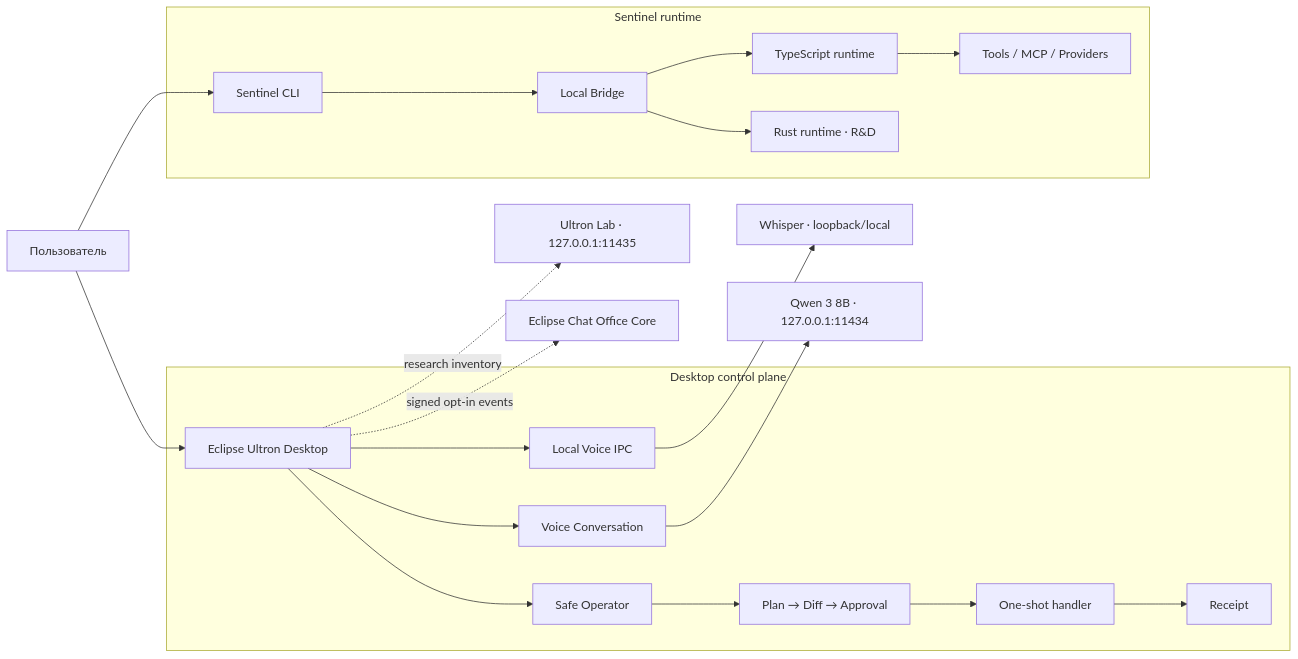
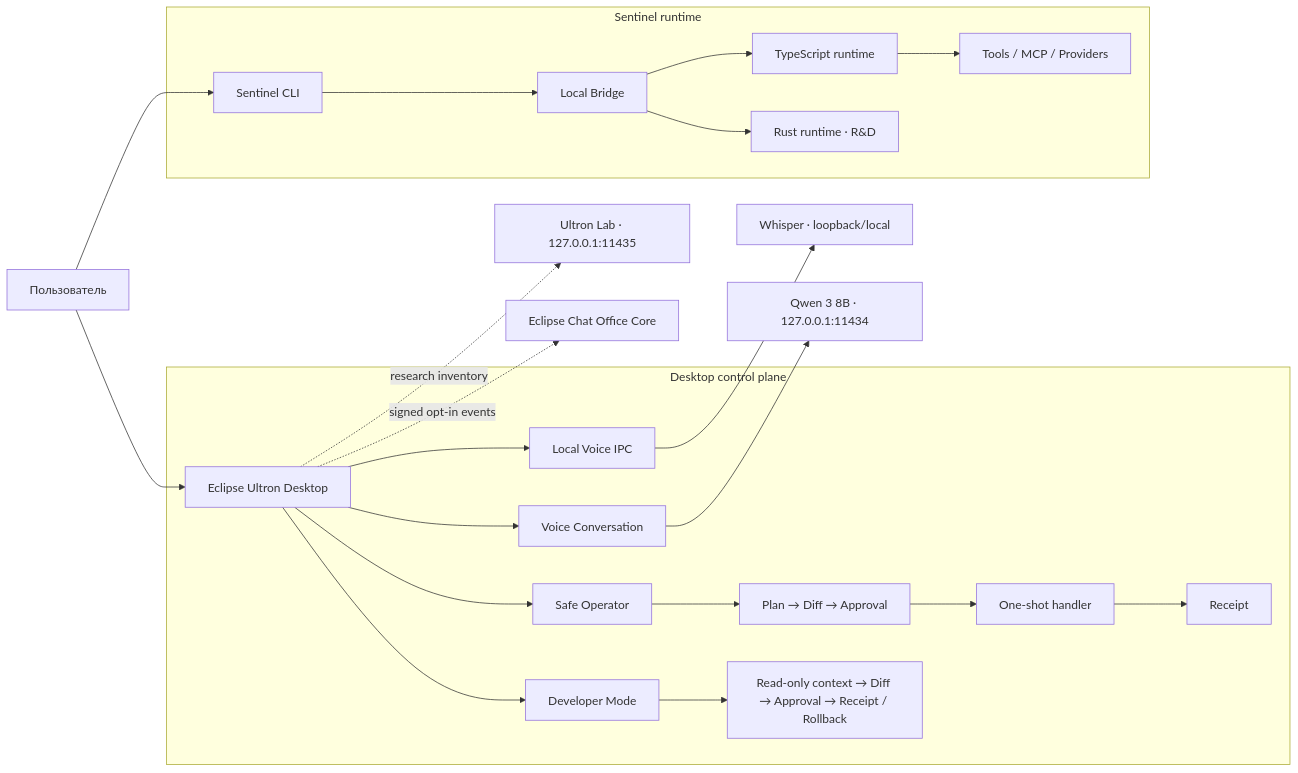
The diagram in README.md (PavelHopson/eclipse-hopson-sentinel), drawn with Mermaid before and after one commit. The commit also changed other lines of this file and 127 other files, not shown here.

````diff
--- a/README.md
+++ b/README.md
@@ -174,26 +202,28 @@
 ```mermaid
 flowchart LR
     U["Пользователь"] --> D["Eclipse Ultron Desktop"]
     U --> C["Sentinel CLI"]
 
     subgraph Desktop["Desktop control plane"]
       D --> V["Local Voice IPC"]
       D --> R["Safe Operator"]
+      D --> DEV["Developer Mode"]
       D --> H["Voice Conversation"]
       R --> P["Plan → Diff → Approval"]
       P --> X["One-shot handler"]
       X --> Q["Receipt"]
+      DEV --> DP["Read-only context → Diff → Approval → Receipt / Rollback"]
     end
 
     subgraph Runtime["Sentinel runtime"]
       C --> B["Local Bridge"]
       B --> T["TypeScript runtime"]
       B --> RS["Rust runtime · R&D"]
       T --> MCP["Tools / MCP / Providers"]
     end
 
     V --> W["Whisper · loopback/local"]
     H --> O["Qwen 3 8B · 127.0.0.1:11434"]
     D -. research inventory .-> L["Ultron Lab · 127.0.0.1:11435"]
     D -. signed opt-in events .-> E["Eclipse Chat Office Core"]
 ```
````
